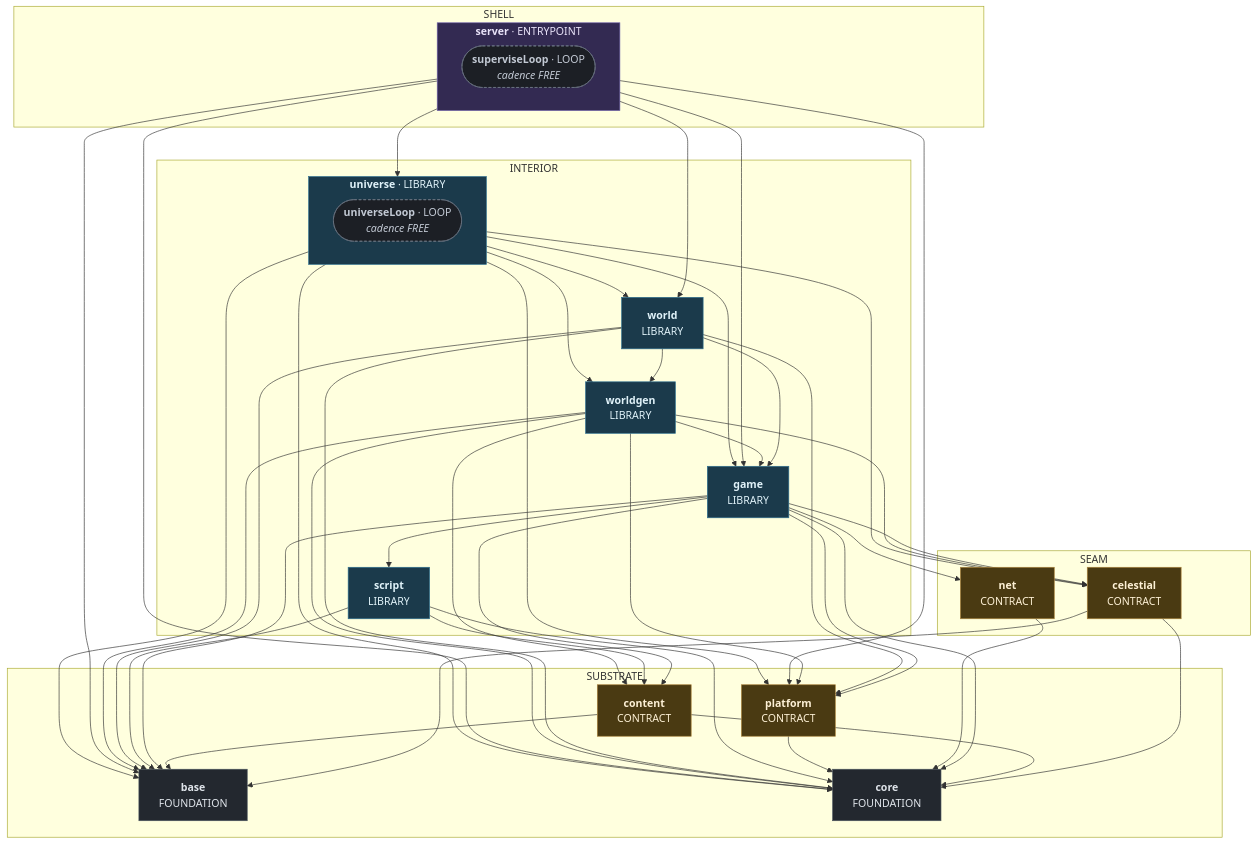
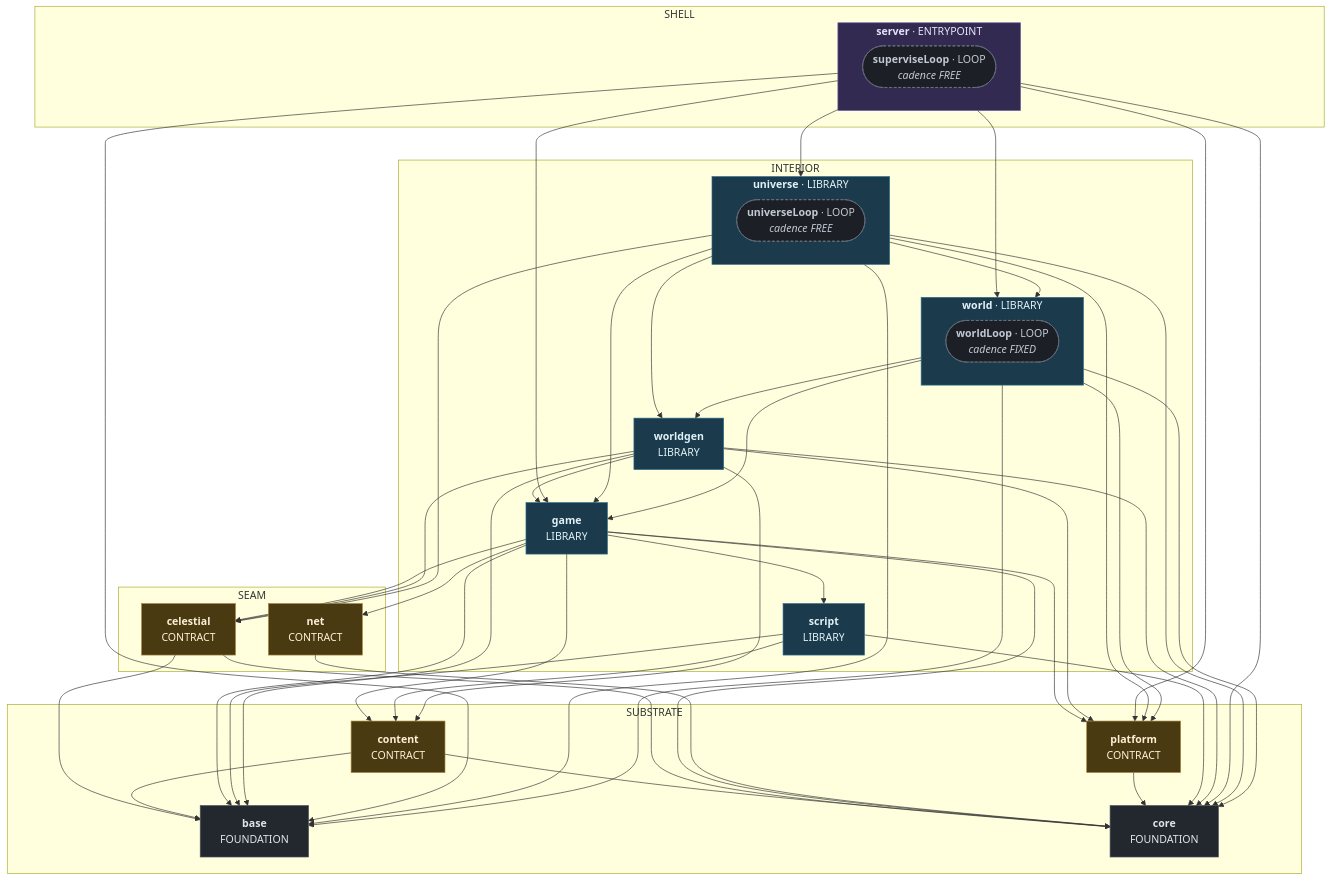
One commit to apnex/OpenStarbound changed the ninth of 10 diagrams in docs/superpowers/specs/2026-08-01-sovereign-headless-client-design.md. Above: the diagram before and after it, drawn with Mermaid. The commit also changed other lines of this file and 2 other files, not shown here.

````diff
--- a/docs/superpowers/specs/2026-08-01-sovereign-headless-client-design.md
+++ b/docs/superpowers/specs/2026-08-01-sovereign-headless-client-design.md
@@ -2232,79 +2244,81 @@
 ```mermaid
 %% composition: server
 flowchart TD
   subgraph Z_SUBSTRATE ["SUBSTRATE"]
     base["<b>base</b><br/>FOUNDATION"]
     content["<b>content</b><br/>CONTRACT"]
     core["<b>core</b><br/>FOUNDATION"]
     platform["<b>platform</b><br/>CONTRACT"]
   end
   subgraph Z_SEAM ["SEAM"]
     celestial["<b>celestial</b><br/>CONTRACT"]
     net["<b>net</b><br/>CONTRACT"]
   end
   subgraph Z_INTERIOR ["INTERIOR"]
     game["<b>game</b><br/>LIBRARY"]
     script["<b>script</b><br/>LIBRARY"]
     subgraph universe ["<b>universe</b> · LIBRARY"]
       universe_universeLoop(["<b>universeLoop</b> · LOOP<br/><i>cadence FREE</i>"])
     end
-    world["<b>world</b><br/>LIBRARY"]
+    subgraph world ["<b>world</b> · LIBRARY"]
+      world_worldLoop(["<b>worldLoop</b> · LOOP<br/><i>cadence FIXED</i>"])
+    end
     worldgen["<b>worldgen</b><br/>LIBRARY"]
   end
   subgraph Z_SHELL ["SHELL"]
     subgraph server ["<b>server</b> · ENTRYPOINT"]
       server_superviseLoop(["<b>superviseLoop</b> · LOOP<br/><i>cadence FREE</i>"])
     end
   end
   celestial --> base
   celestial --> core
   content --> base
   content --> core
   game --> base
   game --> celestial
   game --> content
   game --> core
   game --> net
   game --> platform
   game --> script
   net --> core
   platform --> core
   script --> base
   script --> content
   script --> core
   server --> base
   server --> core
   server --> game
   server --> platform
   server --> universe
   server --> world
   universe --> base
   universe --> celestial
   universe --> core
   universe --> game
   universe --> platform
   universe --> world
   universe --> worldgen
   world --> base
   world --> core
   world --> game
   world --> platform
   world --> worldgen
   worldgen --> base
   worldgen --> celestial
   worldgen --> content
   worldgen --> core
   worldgen --> game
   worldgen --> platform
   classDef kFoundation fill:#23282f,stroke:#4a545e,color:#dfe4ea
   classDef kContract fill:#4a3a12,stroke:#a8813a,color:#fdf0d5
   classDef kBackend fill:#5c2020,stroke:#aa3333,color:#ffe5e5
   classDef kLibrary fill:#1b3a4b,stroke:#2c6e8f,color:#e0f2f9
   classDef kEntrypoint fill:#332a52,stroke:#6d5fa8,color:#e8e2f8
   classDef kElement fill:#1c1f25,stroke:#6b7482,color:#c2c9d4,stroke-dasharray:4 3
   class base,core kFoundation
   class celestial,content,net,platform kContract
   class game,script,universe,world,worldgen kLibrary
   class server kEntrypoint
-  class server_superviseLoop,universe_universeLoop kElement
+  class server_superviseLoop,universe_universeLoop,world_worldLoop kElement
 ```
````
